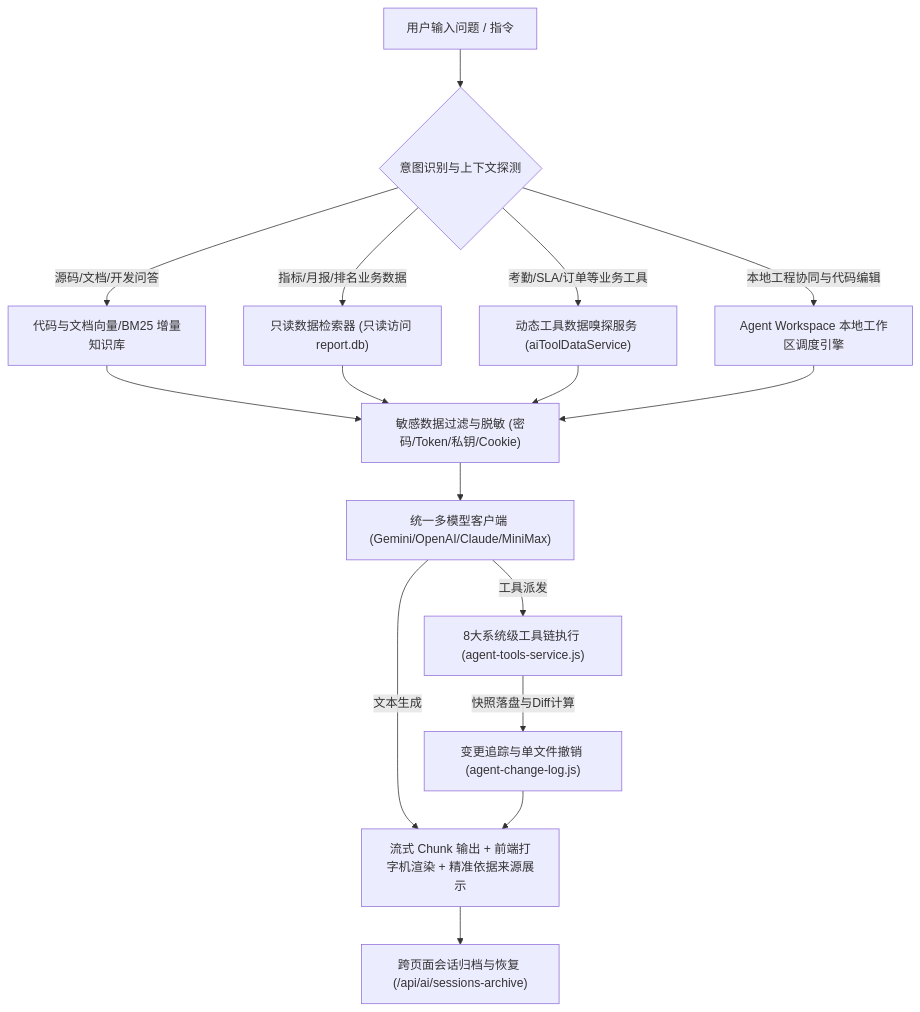
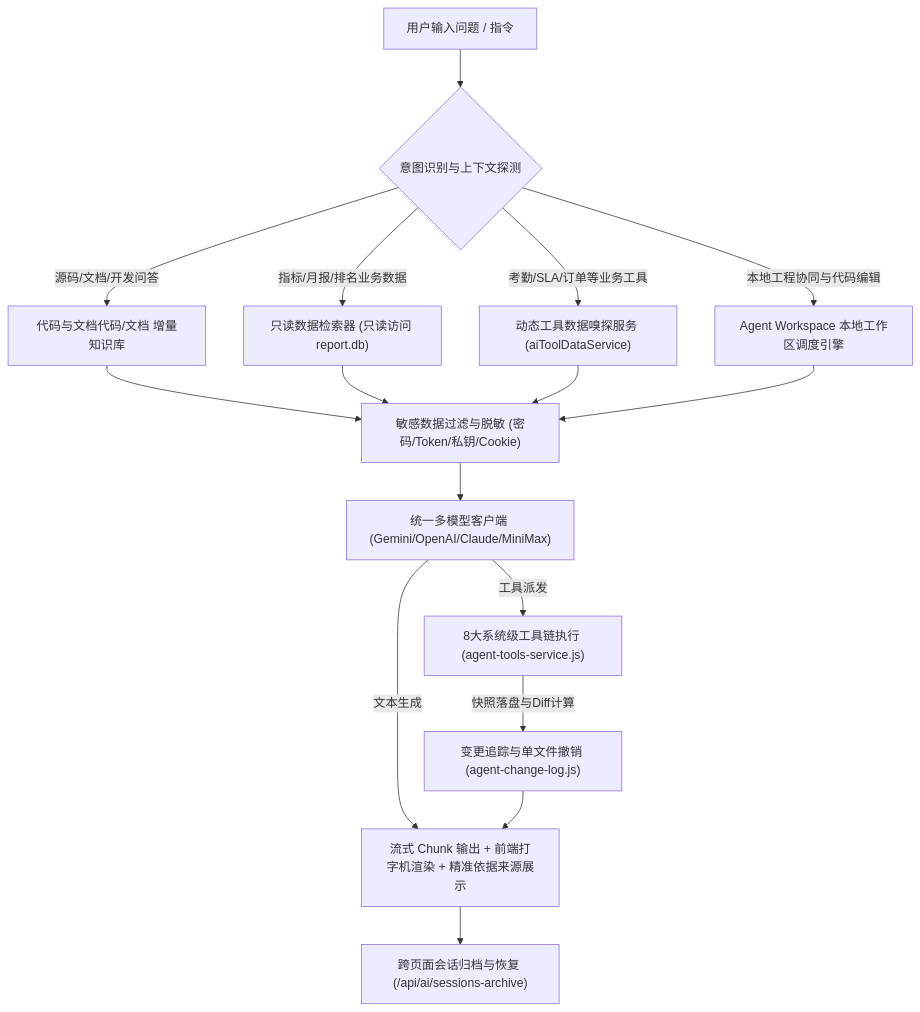
One commit to fanxiaolongx-max/Dragon-Platform changed the eighth of 20 diagrams in tools-platform/README.md. Above: the diagram before and after it, drawn with Mermaid. The commit also changed other lines of this file and 9 other files, not shown here.

````diff
--- a/tools-platform/README.md
+++ b/tools-platform/README.md
@@ -761,15 +778,15 @@
 ```mermaid
 flowchart TD
     Q["用户输入问题 / 指令"] --> INT{"意图识别与上下文探测"}
-    INT -->|源码/文档/开发问答| K1["代码与文档向量/BM25 增量知识库"]
+    INT -->|源码/文档/开发问答| K1["代码与文档代码/文档 增量知识库"]
     INT -->|指标/月报/排名业务数据| K2["只读数据检索器 (只读访问 report.db)"]
     INT -->|考勤/SLA/订单等业务工具| K4["动态工具数据嗅探服务 (aiToolDataService)"]
     INT -->|本地工程协同与代码编辑| K3["Agent Workspace 本地工作区调度引擎"]
     K1 & K2 & K4 & K3 --> SEC["敏感数据过滤与脱敏 (密码/Token/私钥/Cookie)"]
     SEC --> LLM["统一多模型客户端 (Gemini/OpenAI/Claude/MiniMax)"]
     LLM -->|文本生成| OUT["流式 Chunk 输出 + 前端打字机渲染 + 精准依据来源展示"]
     LLM -->|工具派发| EXEC["8大系统级工具链执行 (agent-tools-service.js)"]
     EXEC -->|快照落盘与Diff计算| DIFF["变更追踪与单文件撤销 (agent-change-log.js)"]
     DIFF --> OUT
     OUT --> SESS["跨页面会话归档与恢复 (/api/ai/sessions-archive)"]
 ```
````
